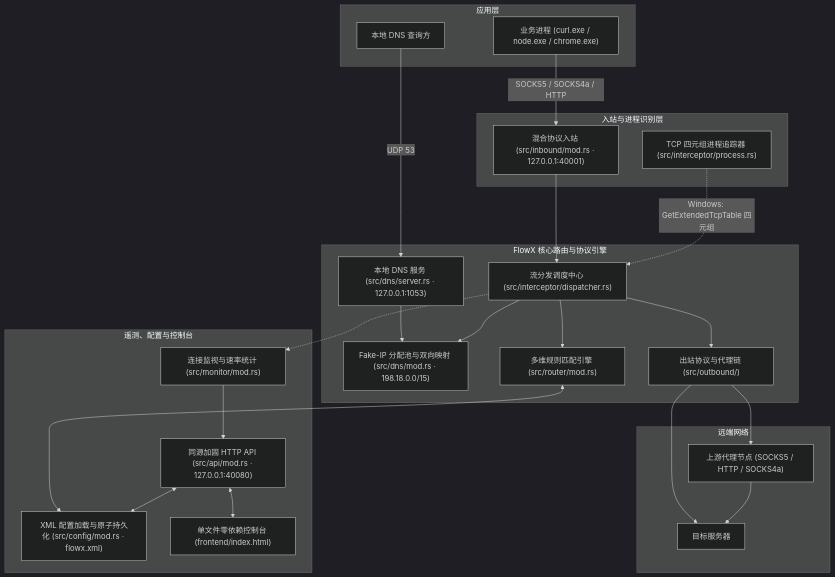
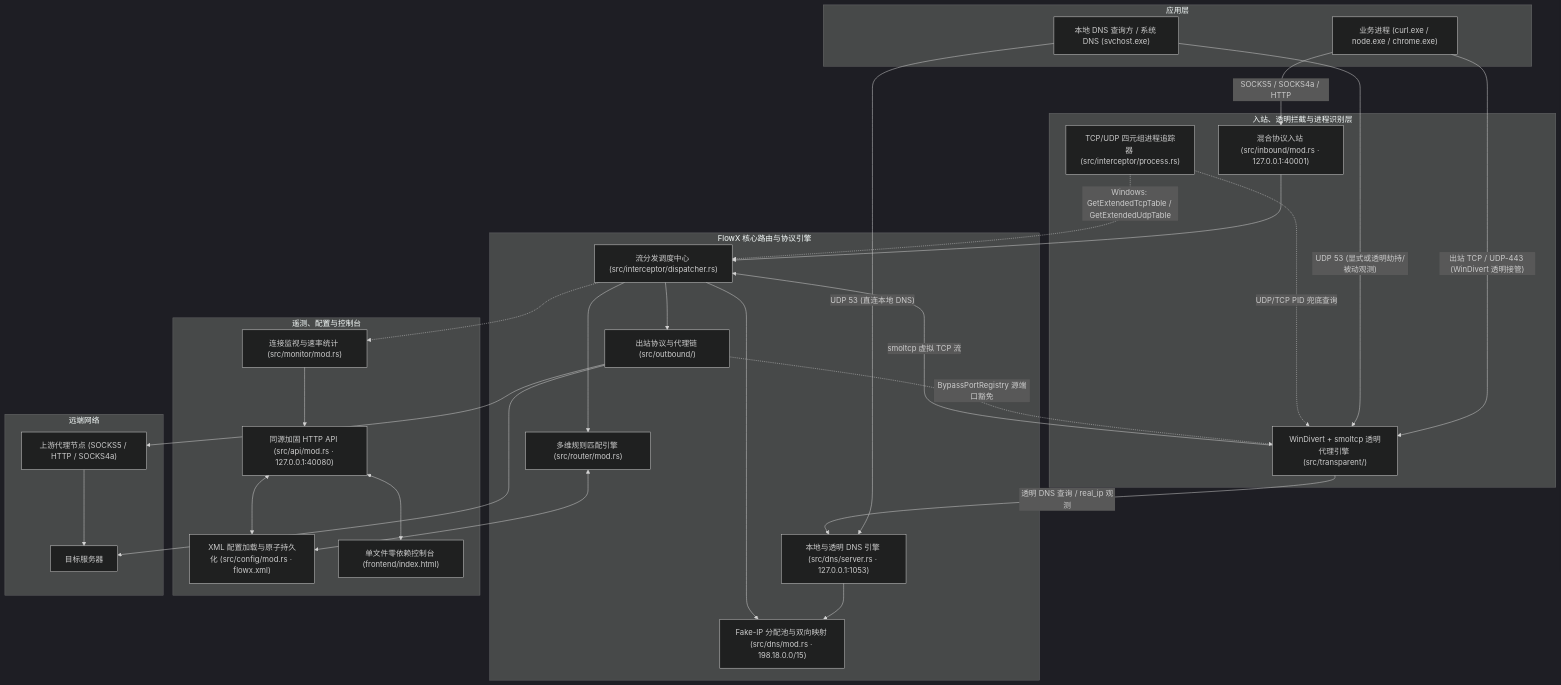
One commit to sLingli/FlowX changed the diagram in ARCHITECTURE.md. Above: the diagram before and after it, drawn with Mermaid (dark theme). The commit also changed other lines of this file and 5 other files, not shown here.

First line of the commit message:
fix(api,cli,ui,docs): align dll-path validation, doctor semantics, initial badge i18n, and architecture docs

````diff
--- a/ARCHITECTURE.md
+++ b/ARCHITECTURE.md
@@ -11,49 +11,56 @@
 ```mermaid
 flowchart TD
     subgraph AppLayer ["应用层"]
         A1["业务进程 (curl.exe / node.exe / chrome.exe)"]
-        A2["本地 DNS 查询方"]
+        A2["本地 DNS 查询方 / 系统 DNS (svchost.exe)"]
     end
 
-    subgraph InterceptionLayer ["入站与进程识别层"]
+    subgraph InterceptionLayer ["入站、透明拦截与进程识别层"]
         MixedInbound["混合协议入站 (src/inbound/mod.rs · 127.0.0.1:40001)"]
-        ProcessTracker["TCP 四元组进程追踪器 (src/interceptor/process.rs)"]
+        TransparentEngine["WinDivert + smoltcp 透明代理引擎 (src/transparent/)"]
+        ProcessTracker["TCP/UDP 四元组进程追踪器 (src/interceptor/process.rs)"]
     end
 
     subgraph CoreEngine ["FlowX 核心路由与协议引擎"]
         Dispatcher["流分发调度中心 (src/interceptor/dispatcher.rs)"]
         FakeIpEngine["Fake-IP 分配池与双向映射 (src/dns/mod.rs · 198.18.0.0/15)"]
-        DnsServer["本地 DNS 服务 (src/dns/server.rs · 127.0.0.1:1053)"]
+        DnsServer["本地与透明 DNS 引擎 (src/dns/server.rs · 127.0.0.1:1053)"]
         RouterEngine["多维规则匹配引擎 (src/router/mod.rs)"]
         OutboundMgr["出站协议与代理链 (src/outbound/)"]
     end
 
     subgraph PresentationLayer ["遥测、配置与控制台"]
         Monitor["连接监视与速率统计 (src/monitor/mod.rs)"]
         ConfigStore["XML 配置加载与原子持久化 (src/config/mod.rs · flowx.xml)"]
         ApiServer["同源加固 HTTP API (src/api/mod.rs · 127.0.0.1:40080)"]
         WebDashboard["单文件零依赖控制台 (frontend/index.html)"]
     end
 
     subgraph RemoteNetwork ["远端网络"]
         ProxyNode["上游代理节点 (SOCKS5 / HTTP / SOCKS4a)"]
         TargetHost["目标服务器"]
     end
 
     A1 -->|"SOCKS5 / SOCKS4a / HTTP"| MixedInbound
-    A2 -->|"UDP 53"| DnsServer
+    A1 -->|"出站 TCP / UDP-443 (WinDivert 透明接管)"| TransparentEngine
+    A2 -->|"UDP 53 (显式或透明劫持/被动观测)"| TransparentEngine
+    A2 -->|"UDP 53 (直连本地 DNS)"| DnsServer
+    TransparentEngine -->|"smoltcp 虚拟 TCP 流"| Dispatcher
+    TransparentEngine -->|"透明 DNS 查询 / real_ip 观测"| DnsServer
     DnsServer --> FakeIpEngine
     MixedInbound --> Dispatcher
-    ProcessTracker -.->|"Windows: GetExtendedTcpTable 四元组"| Dispatcher
+    ProcessTracker -.->|"Windows: GetExtendedTcpTable / GetExtendedUdpTable"| Dispatcher
+    ProcessTracker -.->|"UDP/TCP PID 兜底查询"| TransparentEngine
     Dispatcher --> FakeIpEngine
     Dispatcher --> RouterEngine
     Dispatcher --> OutboundMgr
+    OutboundMgr -.->|"BypassPortRegistry 源端口豁免"| TransparentEngine
     OutboundMgr --> ProxyNode
     OutboundMgr --> TargetHost
     ProxyNode --> TargetHost
     Dispatcher -.-> Monitor
     Monitor --> ApiServer
     RouterEngine <--> ConfigStore
     ApiServer <--> ConfigStore
     ApiServer <--> WebDashboard
 ```
````
